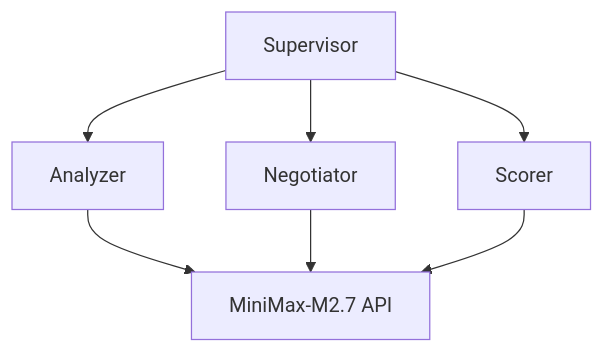
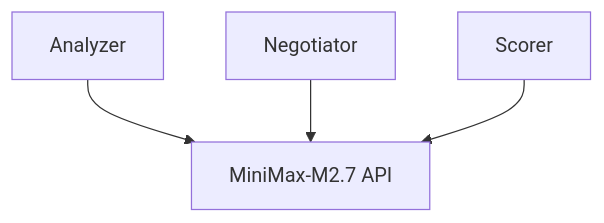
The diagram in README.md (xiangbianpangde/mas-evolution-test), drawn with Mermaid before and after one commit. The commit also changed other lines of this file, not shown here.

````diff
--- a/README.md
+++ b/README.md
@@ -46,13 +42,7 @@
 ```mermaid
 graph TB
     LLM[MiniMax-M2.7 API]
-    A[Analyzer]
-    N[Negotiator]
-    S[Scorer]
-    SUP[Supervisor] --> A
-    SUP --> N
-    SUP --> S
-    A --> LLM
-    N --> LLM
-    S --> LLM
+    A[Analyzer] --> LLM
+    N[Negotiator] --> LLM
+    S[Scorer] --> LLM
 ```
````
